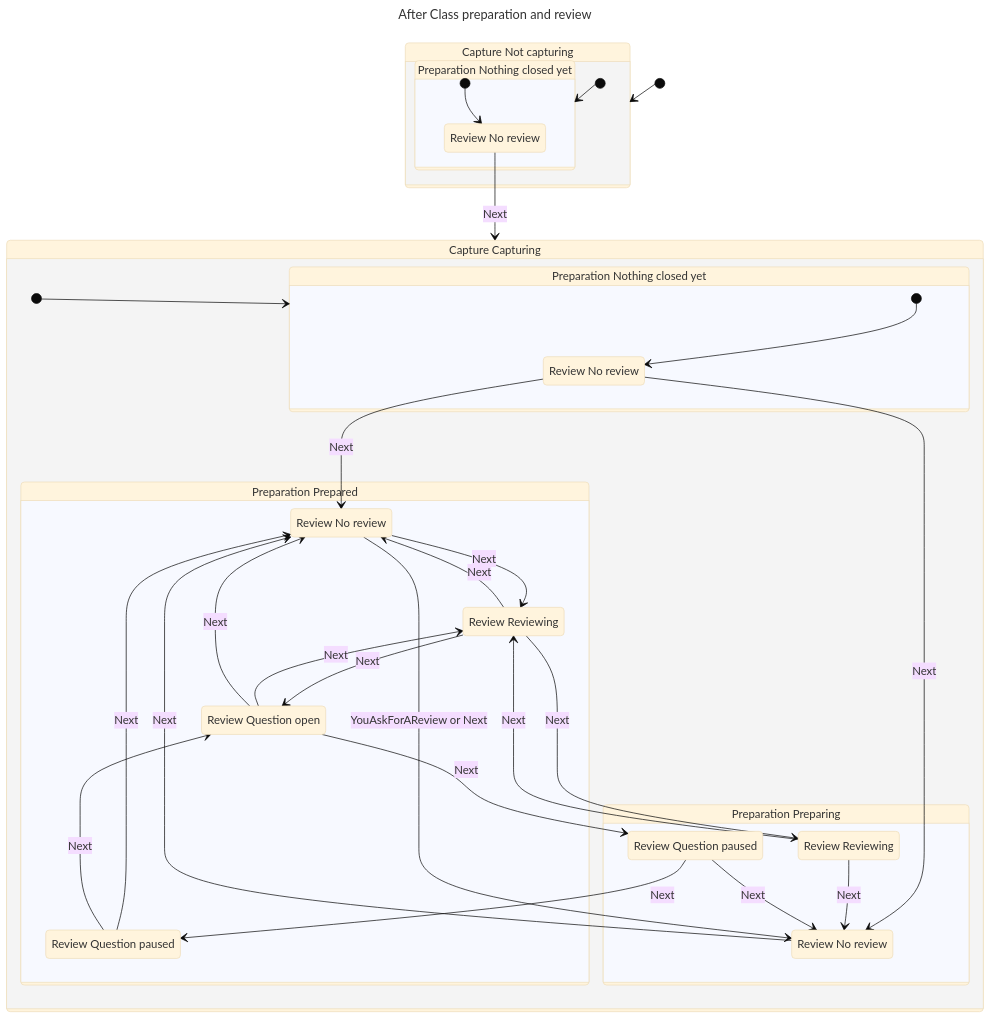
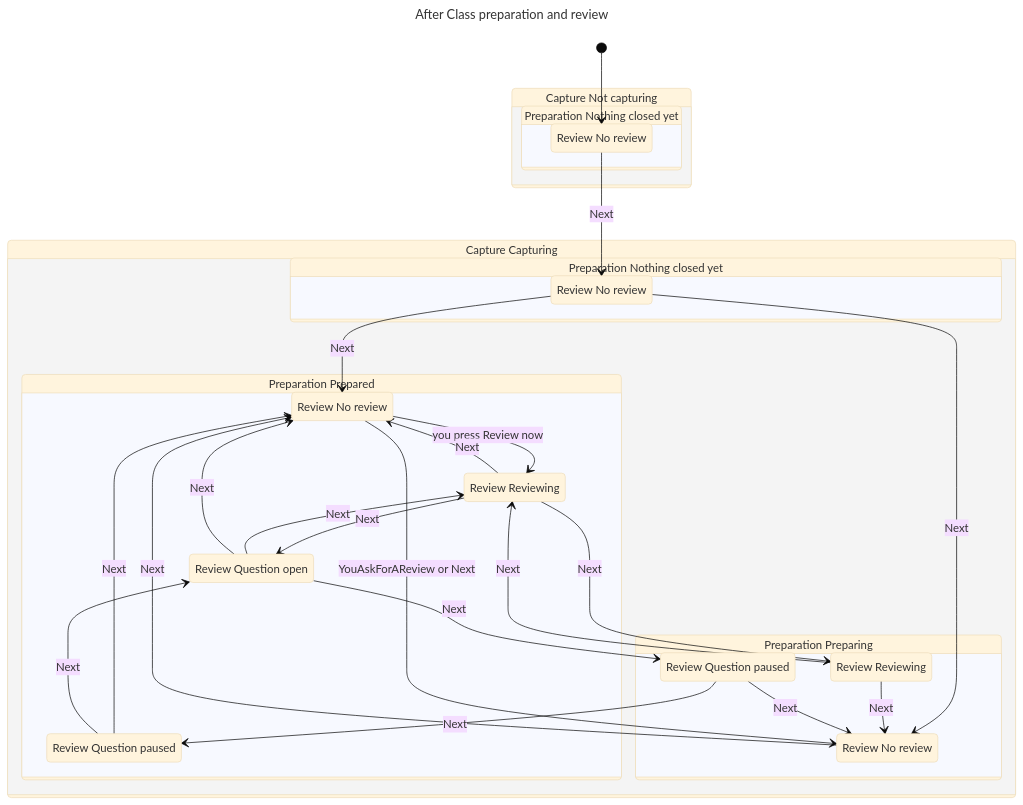
One commit to DerekHertz/after-class changed the diagram in docs/flows/model/out-preparation/chart/chart.mmd. Above: the diagram before and after it, drawn with Mermaid (base theme). The commit also changed 29 other files, not shown here.

First line of the commit message:
fix(prep): start the asked review in the backend from a stored ask

```diff
--- a/docs/flows/model/out-preparation/chart/chart.mmd
+++ b/docs/flows/model/out-preparation/chart/chart.mmd
@@ -1,48 +1,44 @@
 ---
 title: "After Class preparation and review"
 ---
 stateDiagram-v2
   state "Capture Not capturing" as s0 {
     state "Preparation Nothing closed yet" as s1 {
       s2: Review No review
-      [*] --> s2
     }
-    [*] --> s1
   }
   state "Capture Capturing" as s3 {
     state "Preparation Nothing closed yet" as s4 {
       s5: Review No review
-      [*] --> s5
     }
     state "Preparation Prepared" as s6 {
       s7: Review No review
       s8: Review Reviewing
       s9: Review Question open
       s10: Review Question paused
     }
     state "Preparation Preparing" as s11 {
       s12: Review No review
       s13: Review Reviewing
       s14: Review Question paused
     }
-    [*] --> s4
   }
-  [*] --> s0
-  s2 --> s3: Next
+  [*] --> s2
+  s2 --> s5: Next
   s5 --> s7: Next
+  s7 --> s12: YouAskForAReview or Next
   s5 --> s12: Next
-  s7 --> s12: YouAskForAReview or Next
   s12 --> s7: Next
-  s7 --> s8: Next
+  s7 --> s8: you press Review now
   s8 --> s7: Next
   s8 --> s9: Next
   s9 --> s8: Next
   s9 --> s7: Next
   s8 --> s13: Next
   s13 --> s8: Next
   s13 --> s12: Next
   s9 --> s14: Next
   s14 --> s12: Next
   s14 --> s10: Next
   s10 --> s7: Next
   s10 --> s9: Next
```
